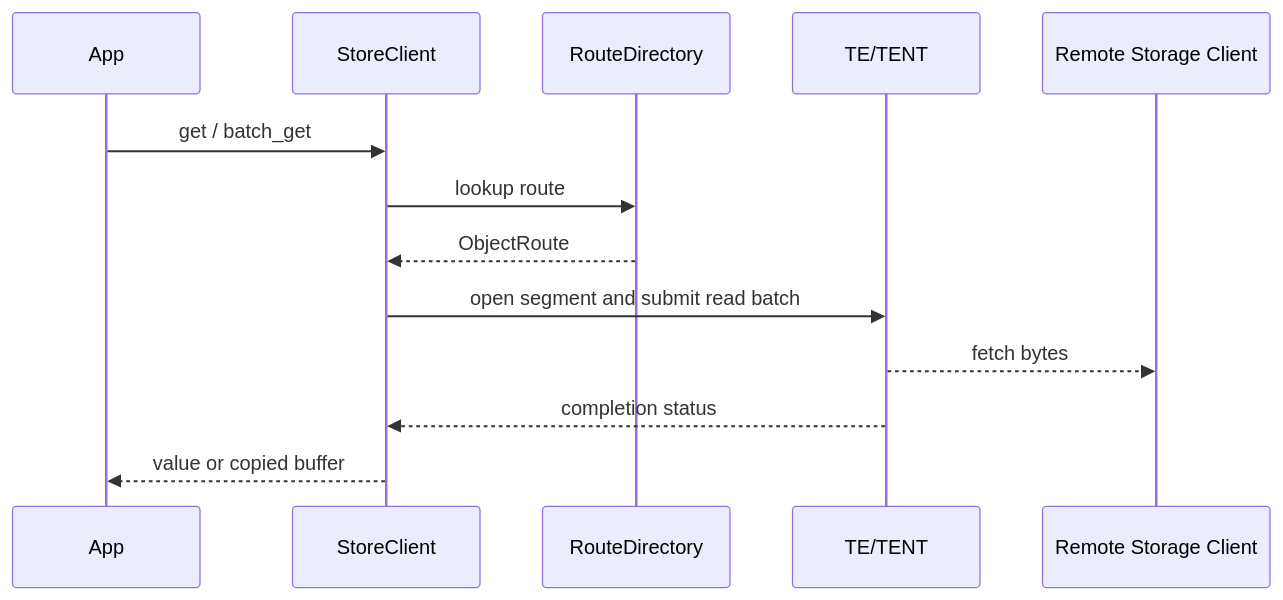
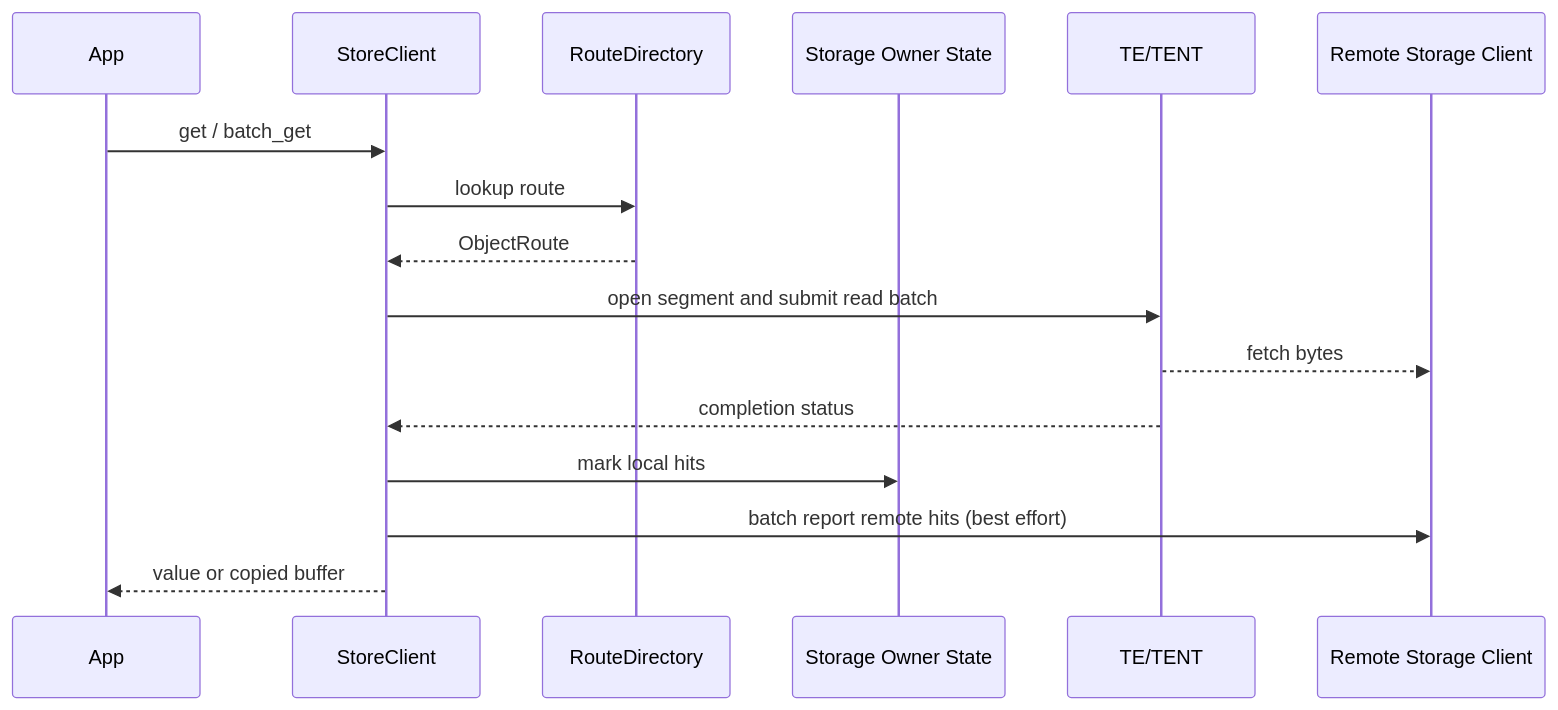
One commit to kvcache-ai/Mooncake changed the third of 4 diagrams in mooncake-store/store-rs/docs/architecture.md. Above: the diagram before and after it, drawn with Mermaid. The commit also changed other lines of this file and 5 other files, not shown here.

Commit message:
[Docs] document storage-owner eviction flow

````diff
--- a/mooncake-store/store-rs/docs/architecture.md
+++ b/mooncake-store/store-rs/docs/architecture.md
@@ -120,16 +140,19 @@
 ```mermaid
 sequenceDiagram
     participant App
     participant Client as StoreClient
     participant Route as RouteDirectory
+    participant Evict as Storage Owner State
     participant TE as TE/TENT
     participant Peer as Remote Storage Client
 
     App->>Client: get / batch_get
     Client->>Route: lookup route
     Route-->>Client: ObjectRoute
     Client->>TE: open segment and submit read batch
     TE-->>Peer: fetch bytes
     TE-->>Client: completion status
+    Client->>Evict: mark local hits
+    Client->>Peer: batch report remote hits (best effort)
     Client-->>App: value or copied buffer
 ```
````
